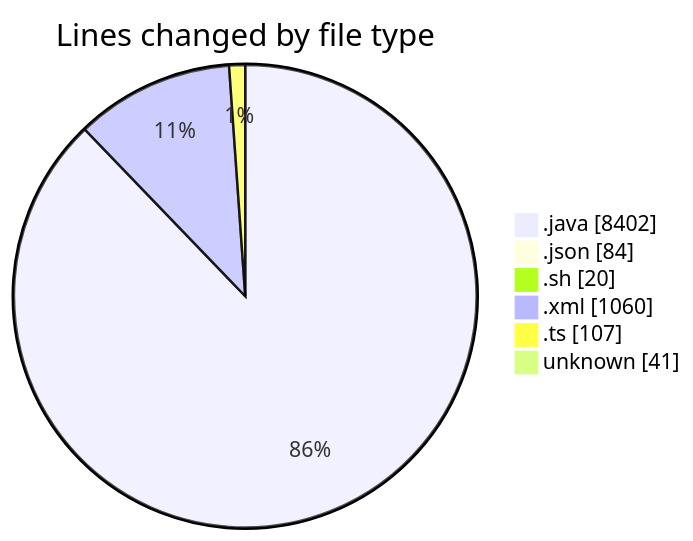
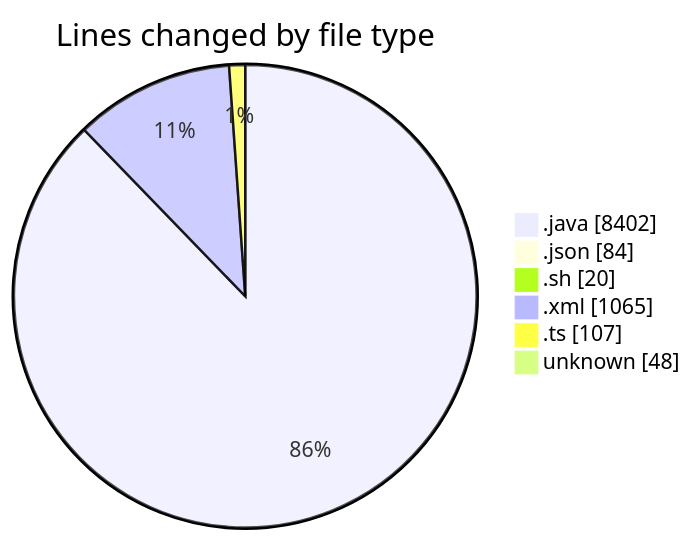
The first of 2 diagrams in 2025-02-23/micros/README.md (charlie-sans/code-tracking), drawn with Mermaid before and after one commit. The commit also changed other lines of this file and 1 other file, not shown here.

````diff
--- a/2025-02-23/micros/README.md
+++ b/2025-02-23/micros/README.md
@@ -57,10 +58,10 @@
 ```mermaid
 pie showData
 title Lines changed by file type
 ".java" : 8402
 ".json" : 84
 ".sh" : 20
-".xml" : 1060
+".xml" : 1065
 ".ts" : 107
-"unknown" : 41
+"unknown" : 48
 ```
````
